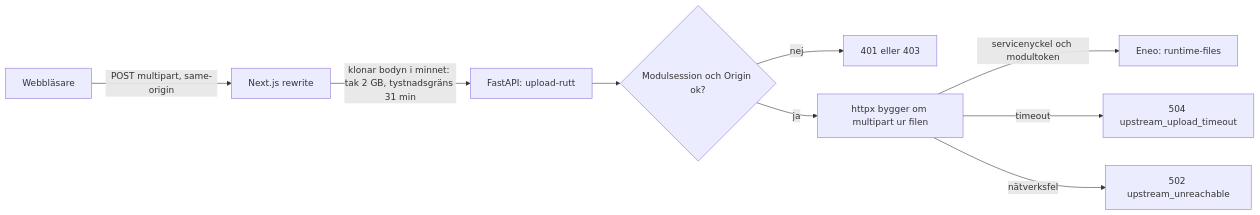
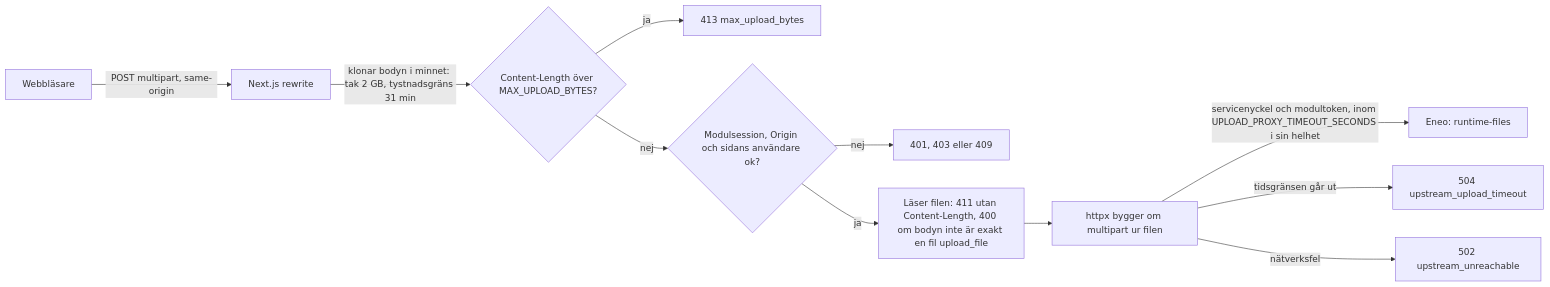
Before and after one commit to eneo-ai/eneo-mod-speech-to-text: the fourth of 8 diagrams in docs/architecture.md, drawn with Mermaid. The commit also changed other lines of this file and 6 other files, not shown here.

````diff
--- a/docs/architecture.md
+++ b/docs/architecture.md
@@ -100,11 +105,13 @@
 ```mermaid
 flowchart LR
     b["Webbläsare"] -->|"POST multipart, same-origin"| n["Next.js rewrite"]
-    n -->|"klonar bodyn i minnet: tak 2 GB, tystnadsgräns 31 min"| f["FastAPI: upload-rutt"]
-    f --> chk{"Modulsession och Origin ok?"}
-    chk -->|"nej"| e["401 eller 403"]
-    chk -->|"ja"| p["httpx bygger om multipart ur filen"]
-    p -->|"servicenyckel och modultoken"| eneo["Eneo: runtime-files"]
-    p -->|"timeout"| t["504 upstream_upload_timeout"]
+    n -->|"klonar bodyn i minnet: tak 2 GB, tystnadsgräns 31 min"| mw{"Content-Length över MAX_UPLOAD_BYTES?"}
+    mw -->|"ja"| e413["413 max_upload_bytes"]
+    mw -->|"nej"| chk{"Modulsession, Origin och sidans användare ok?"}
+    chk -->|"nej"| e4["401, 403 eller 409"]
+    chk -->|"ja"| rd["Läser filen: 411 utan Content-Length, 400 om bodyn inte är exakt en fil upload_file"]
+    rd --> p["httpx bygger om multipart ur filen"]
+    p -->|"servicenyckel och modultoken, inom UPLOAD_PROXY_TIMEOUT_SECONDS i sin helhet"| eneo["Eneo: runtime-files"]
+    p -->|"tidsgränsen går ut"| t["504 upstream_upload_timeout"]
     p -->|"nätverksfel"| u["502 upstream_unreachable"]
 ```
````
